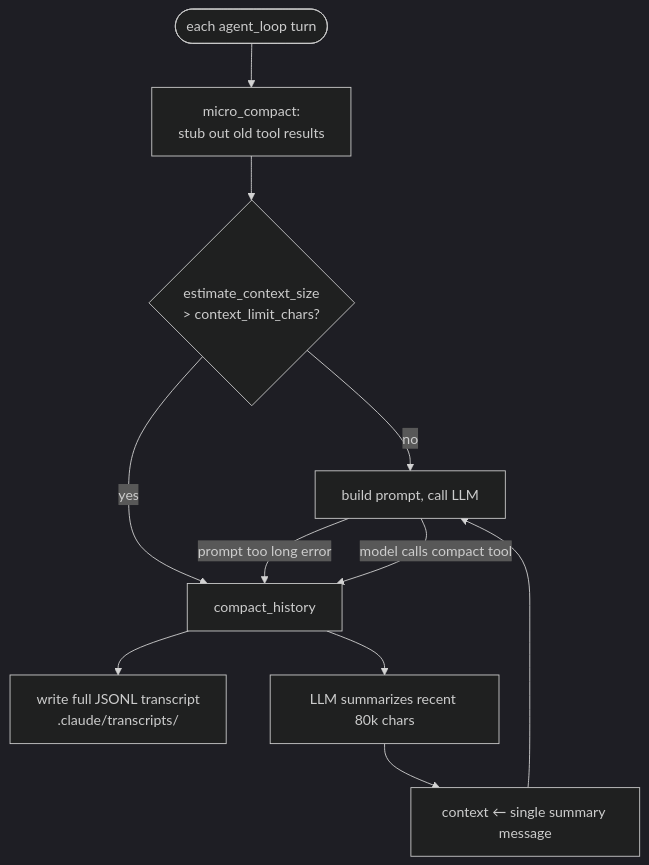
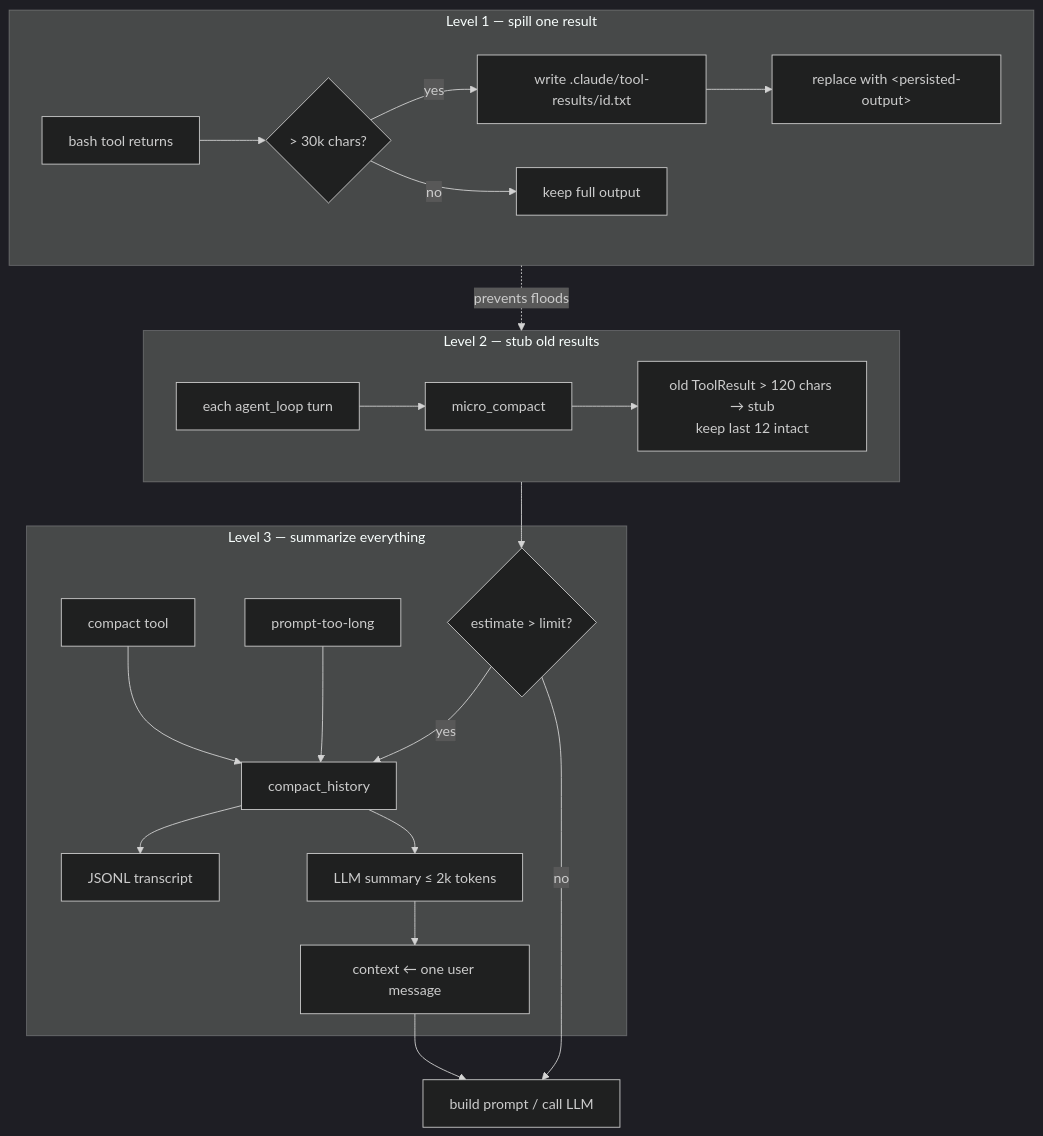
Before and after one commit to rust-infra/tact: the second of 14 diagrams in book/05_chapter_compact.md, drawn with Mermaid (dark theme). The commit also changed other lines of this file and 51 other files, not shown here.

````diff
--- a/book/05_chapter_compact.md
+++ b/book/05_chapter_compact.md
@@ -17,13 +47,28 @@
 ```mermaid
 flowchart TB
-    Turn([each agent_loop turn]) --> MC[micro_compact:<br/>stub out old tool results]
-    MC --> Est{estimate_context_size<br/>> context_limit_chars?}
-    Est -->|no| Prompt[build prompt, call LLM]
-    Est -->|yes| CH[compact_history]
-    Prompt -->|prompt too long error| CH
-    Prompt -->|model calls compact tool| CH
-    CH --> Transcript[write full JSONL transcript<br/>.claude/transcripts/]
-    CH --> Sum[LLM summarizes recent 80k chars]
-    Sum --> Replace[context ← single summary message]
-    Replace --> Prompt
+    subgraph L1["Level 1 — spill one result"]
+        Bash[bash tool returns] --> Big{> 30k chars?}
+        Big -->|yes| Disk1["write .claude/tool-results/id.txt"]
+        Disk1 --> Env["replace with &lt;persisted-output&gt;"]
+        Big -->|no| Keep[keep full output]
+    end
+
+    subgraph L2["Level 2 — stub old results"]
+        Turn[each agent_loop turn] --> MC[micro_compact]
+        MC --> Stub["old ToolResult > 120 chars → stub<br/>keep last 12 intact"]
+    end
+
+    subgraph L3["Level 3 — summarize everything"]
+        Est{estimate > limit?} -->|yes| CH[compact_history]
+        Err[prompt-too-long] --> CH
+        Manual[compact tool] --> CH
+        CH --> Disk2[JSONL transcript]
+        CH --> Sum[LLM summary ≤ 2k tokens]
+        Sum --> One[context ← one user message]
+    end
+
+    L1 -.->|prevents floods| L2
+    L2 --> Est
+    Est -->|no| Prompt[build prompt / call LLM]
+    One --> Prompt
 ```
````
